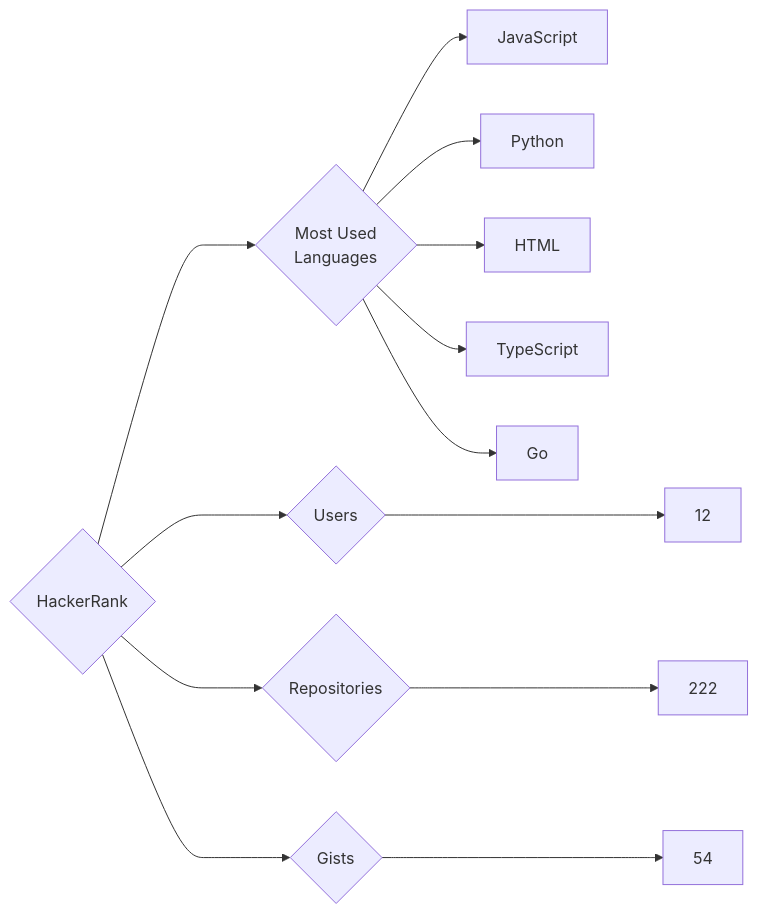
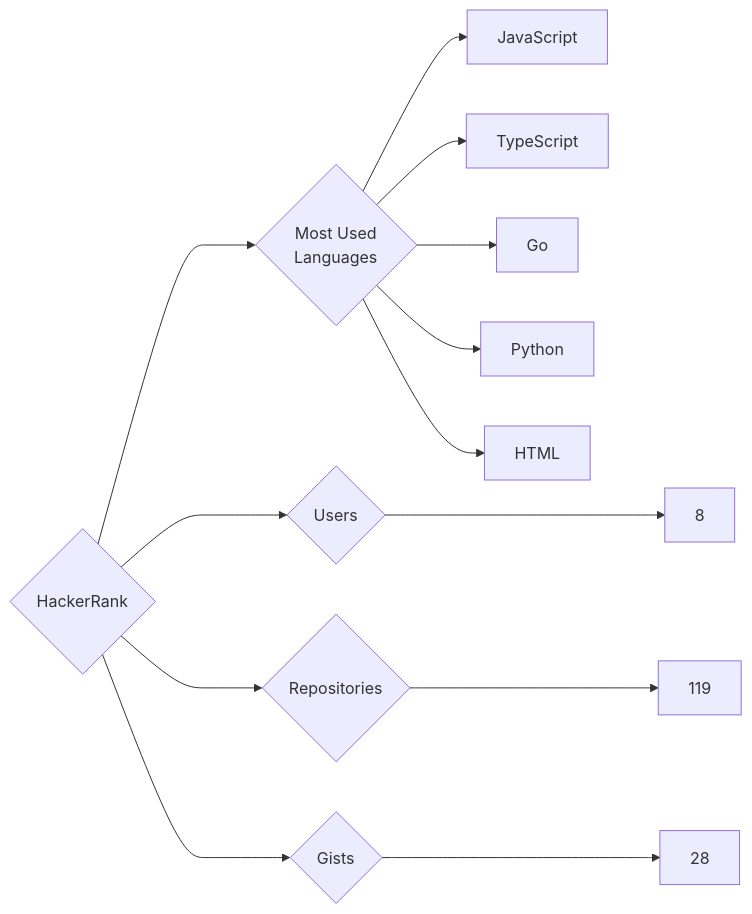
The diagram in targets/HackerRank/README.md (trickest/insiders), drawn with Mermaid before and after one commit. The commit also changed 1055 other files, not shown here.

````diff
--- a/targets/HackerRank/README.md
+++ b/targets/HackerRank/README.md
@@ -3,13 +3,13 @@
 ```mermaid
 graph LR
 COMPANY_NAME{HackerRank}
-COMPANY_NAME ---> U{Users} ---> UN[12]
-COMPANY_NAME ---> R{Repositories} ---> RN[222]
-COMPANY_NAME ---> G{Gists} ---> GN[54]
+COMPANY_NAME ---> U{Users} ---> UN[8]
+COMPANY_NAME ---> R{Repositories} ---> RN[119]
+COMPANY_NAME ---> G{Gists} ---> GN[28]
 COMPANY_NAME ---> ML{Most Used<br>Languages}
 ML --> JavaScript[JavaScript]
+ML --> TypeScript[TypeScript]
+ML --> Go[Go]
 ML --> Python[Python]
 ML --> HTML[HTML]
-ML --> TypeScript[TypeScript]
-ML --> Go[Go]
 ```
````
